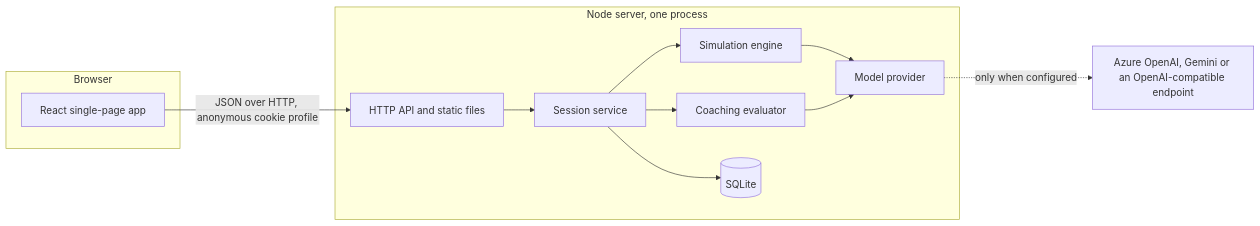
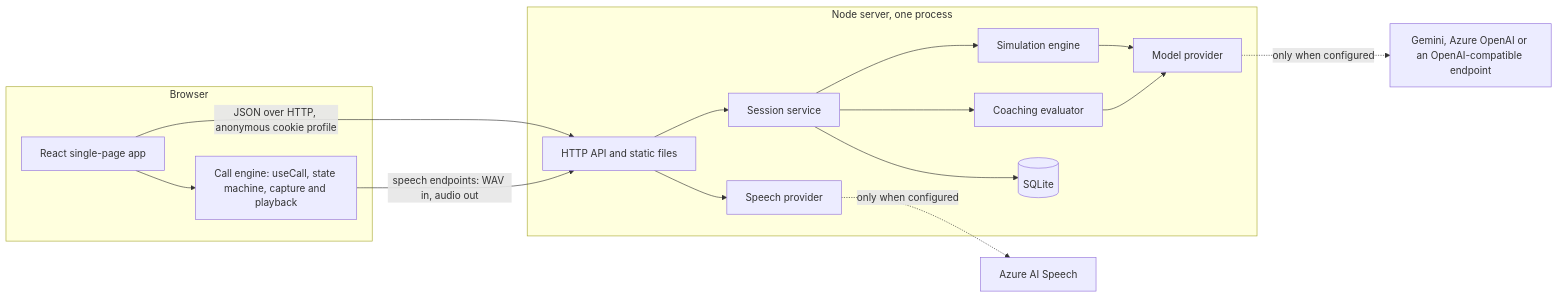
The first of 4 diagrams in docs/architecture.md (snowjug/Firefly), drawn with Mermaid before and after one commit. The commit also changed other lines of this file and 26 other files, not shown here.

````diff
--- a/docs/architecture.md
+++ b/docs/architecture.md
@@ -5,22 +5,28 @@
 ```mermaid
 flowchart LR
   subgraph Browser
     UI[React single-page app]
+    CALL[Call engine: useCall, state machine, capture and playback]
   end
   subgraph Server["Node server, one process"]
     API[HTTP API and static files]
     SVC[Session service]
     ENG[Simulation engine]
     EVAL[Coaching evaluator]
     PROV[Model provider]
+    SPEECH[Speech provider]
     DB[(SQLite)]
   end
+  UI --> CALL
   UI -->|JSON over HTTP, anonymous cookie profile| API
+  CALL -->|"speech endpoints: WAV in, audio out"| API
   API --> SVC
+  API --> SPEECH
   SVC --> ENG
   SVC --> EVAL
   ENG --> PROV
   EVAL --> PROV
   SVC --> DB
-  PROV -.->|only when configured| LLM[Azure OpenAI, Gemini or an OpenAI-compatible endpoint]
+  PROV -.->|only when configured| LLM[Gemini, Azure OpenAI or an OpenAI-compatible endpoint]
+  SPEECH -.->|only when configured| AZ[Azure AI Speech]
 ```
````
